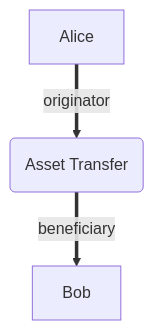
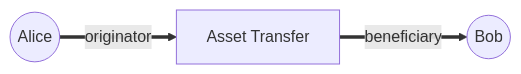
Before and after one commit to TransactionAuthorizationProtocol/TAIPs: the sixth of 22 diagrams in Whitepaper.md, drawn with Mermaid. The commit also changed other lines of this file, not shown here.

````diff
--- a/Whitepaper.md
+++ b/Whitepaper.md
@@ -341,5 +341,5 @@
 ```mermaid
-graph TD
-    Originator[Alice] ==>|originator| Transfer(Asset Transfer)
-    Transfer ==>|beneficiary| Beneficiary[Bob]
+graph LR
+    Originator((Alice)) ==>|originator| Transfer[Asset Transfer]
+    Transfer ==>|beneficiary| Beneficiary((Bob))
 ```
````
